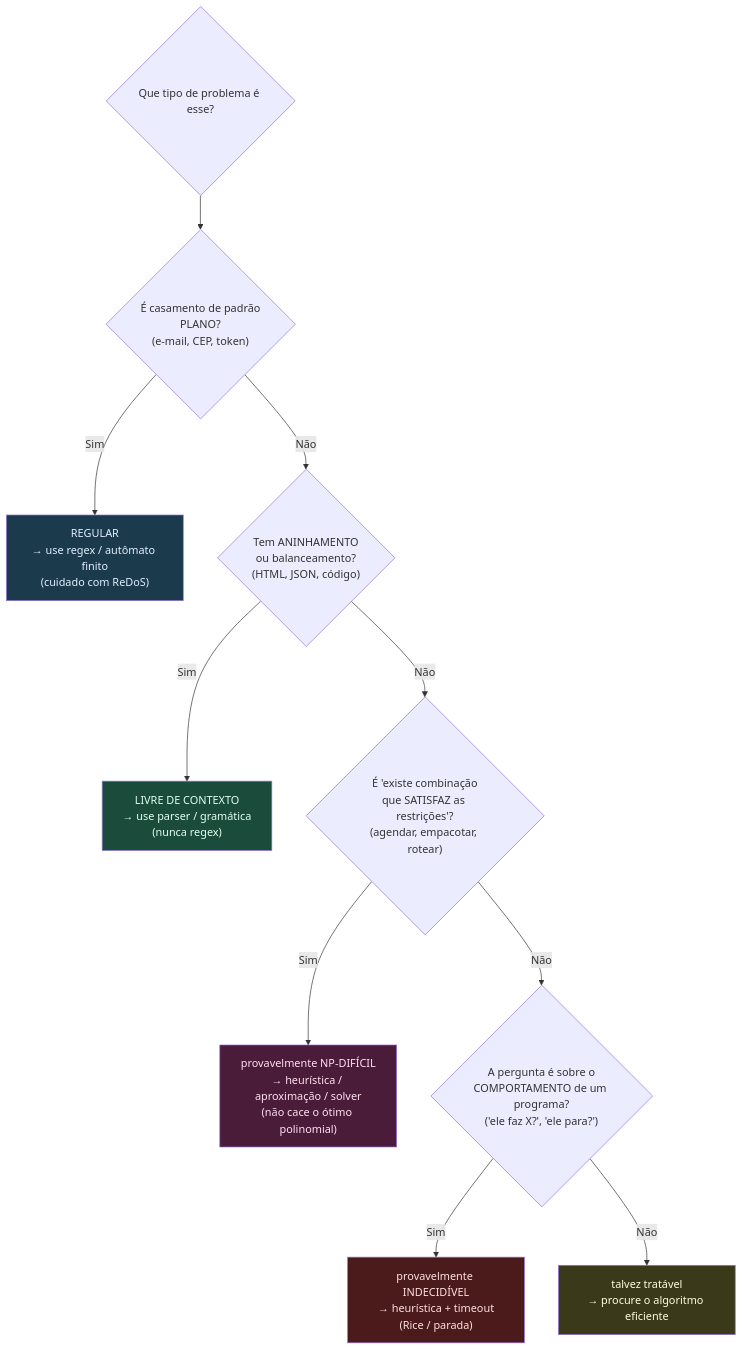
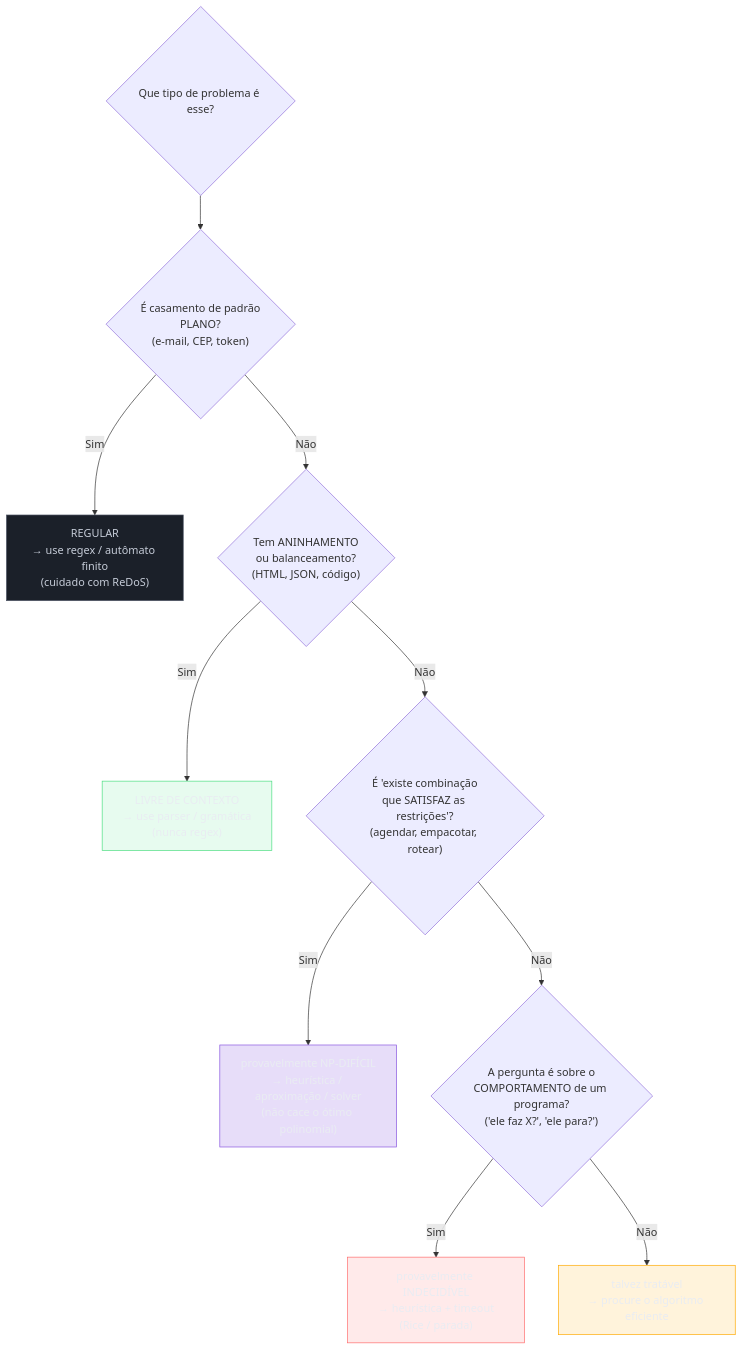
Before and after one commit to josenaldo/codex-technomanticus: the second of 2 diagrams in 03-Dominios/Ciência/Teoria da Computação/17 - A teoria da computação na vida do dev.md, drawn with Mermaid. The commit also changed other lines of this file and 1181 other files, not shown here.

First line of the commit message:
fix(diagramas): paleta do sistema no lugar de cor cravada no markdown

````diff
--- a/03-Dominios/Ciência/Teoria da Computação/17 - A teoria da computação na vida do dev.md
+++ b/03-Dominios/Ciência/Teoria da Computação/17 - A teoria da computação na vida do dev.md
@@ -127,19 +132,24 @@
 ```mermaid
 flowchart TD
+    classDef neutro fill:#1B2029,stroke:#4E5666,color:#C6CCD8
+    classDef ok fill:#4ADE8021,stroke:#4ADE80,color:#E9ECF2
+    classDef marca fill:#8855DF33,stroke:#8855DF,color:#E9ECF2
+    classDef falha fill:#FF6B6B24,stroke:#FF6B6B,color:#E9ECF2
+    classDef destaque fill:#FFAA0024,stroke:#FFAA00,color:#E9ECF2
     Start{"Que tipo de problema é esse?"}
     Start --> Q1{"É casamento de padrão<br/>PLANO?<br/>(e-mail, CEP, token)"}
     Q1 -->|Sim| R1["REGULAR<br/>→ use regex / autômato finito<br/>(cuidado com ReDoS)"]
     Q1 -->|Não| Q2{"Tem ANINHAMENTO<br/>ou balanceamento?<br/>(HTML, JSON, código)"}
     Q2 -->|Sim| R2["LIVRE DE CONTEXTO<br/>→ use parser / gramática<br/>(nunca regex)"]
     Q2 -->|Não| Q3{"É 'existe combinação<br/>que SATISFAZ as restrições'?<br/>(agendar, empacotar, rotear)"}
     Q3 -->|Sim| R3["provavelmente NP-DIFÍCIL<br/>→ heurística / aproximação / solver<br/>(não cace o ótimo polinomial)"]
     Q3 -->|Não| Q4{"A pergunta é sobre o<br/>COMPORTAMENTO de um programa?<br/>('ele faz X?', 'ele para?')"}
     Q4 -->|Sim| R4["provavelmente INDECIDÍVEL<br/>→ heurística + timeout<br/>(Rice / parada)"]
     Q4 -->|Não| R5["talvez tratável<br/>→ procure o algoritmo eficiente"]
 
-    style R1 fill:#1b3a4b,color:#e0f0ff
-    style R2 fill:#1b4b3a,color:#e0fff0
-    style R3 fill:#4b1b3a,color:#ffe0f0
-    style R4 fill:#4b1b1b,color:#ffe0e0
-    style R5 fill:#3a3a1b,color:#fffce0
+    class R1 neutro
+    class R2 ok
+    class R3 marca
+    class R4 falha
+    class R5 destaque
 ```
````
